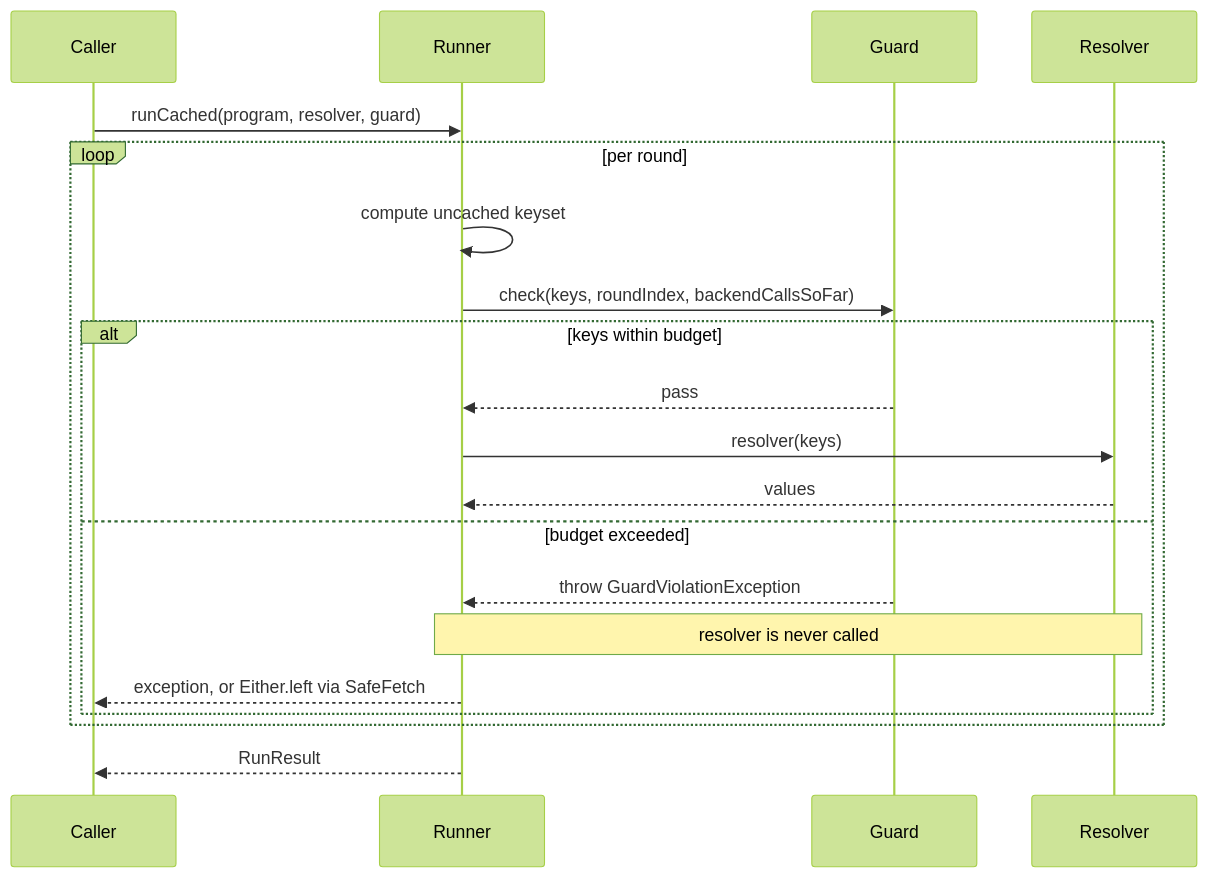
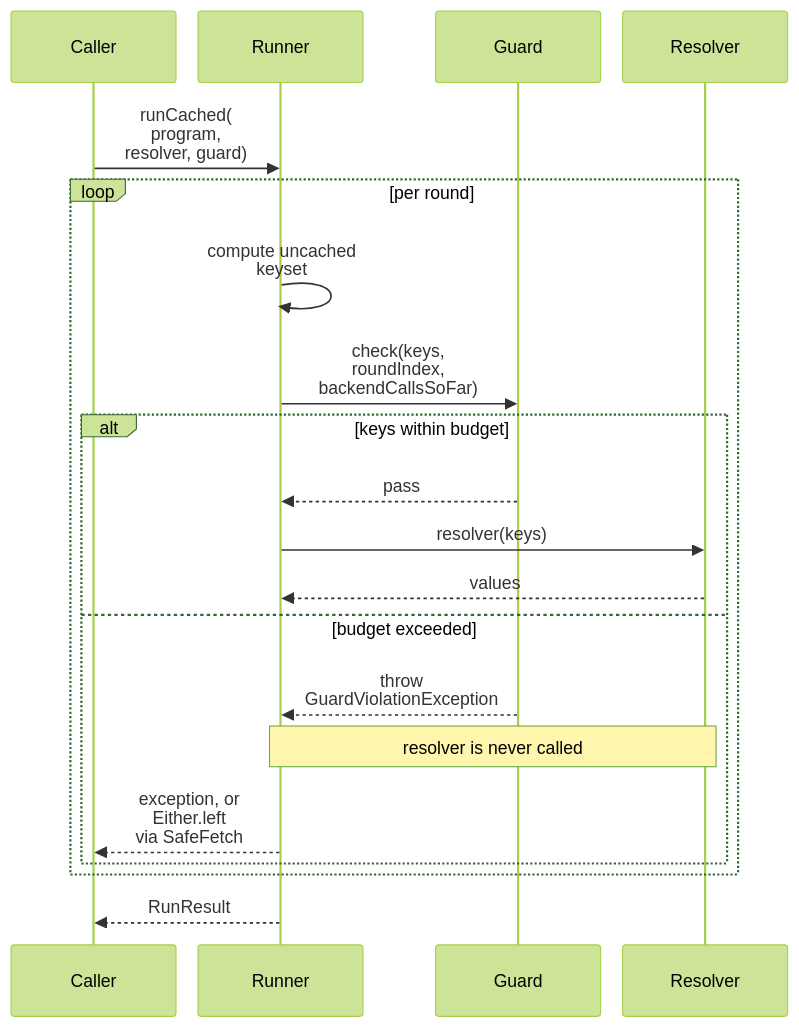
Before and after one commit to higher-kinded-j/higher-kinded-j.github.io: the second of 2 diagrams in latest/optics/optic_batching_guardrails.md, drawn with Mermaid (forest theme). The commit also changed other lines of this file and 55 other files, not shown here.

````diff
--- a/latest/optics/optic_batching_guardrails.md
+++ b/latest/optics/optic_batching_guardrails.md
@@ -89,23 +92,26 @@
 ```mermaid
+%%{init: {"sequence": {"actorMargin": 20, "diagramMarginX": 10}}}%%
 sequenceDiagram
+    accTitle: A guard checks every round
+    accDescr: In each round the runner computes the uncached key set and asks the guard to check it, with the round index and the backend calls so far. Within budget the guard passes and the resolver is called; over budget it throws GuardViolationException, the resolver is never called, and the caller gets the exception, or an Either.left through SafeFetch.
     participant C as Caller
     participant R as Runner
     participant G as Guard
     participant B as Resolver
 
-    C->>R: runCached(program, resolver, guard)
+    C->>R: runCached(<br/>program,<br/>resolver, guard)
     loop per round
-        R->>R: compute uncached keyset
-        R->>G: check(keys, roundIndex, backendCallsSoFar)
+        R->>R: compute uncached<br/>keyset
+        R->>G: check(keys,<br/>roundIndex,<br/>backendCallsSoFar)
         alt keys within budget
             G-->>R: pass
             R->>B: resolver(keys)
             B-->>R: values
         else budget exceeded
-            G-->>R: throw GuardViolationException
+            G-->>R: throw<br/>GuardViolationException
             Note over R,B: resolver is never called
-            R-->>C: exception, or Either.left via SafeFetch
+            R-->>C: exception, or<br/>Either.left<br/>via SafeFetch
         end
     end
     R-->>C: RunResult
 ```
````
